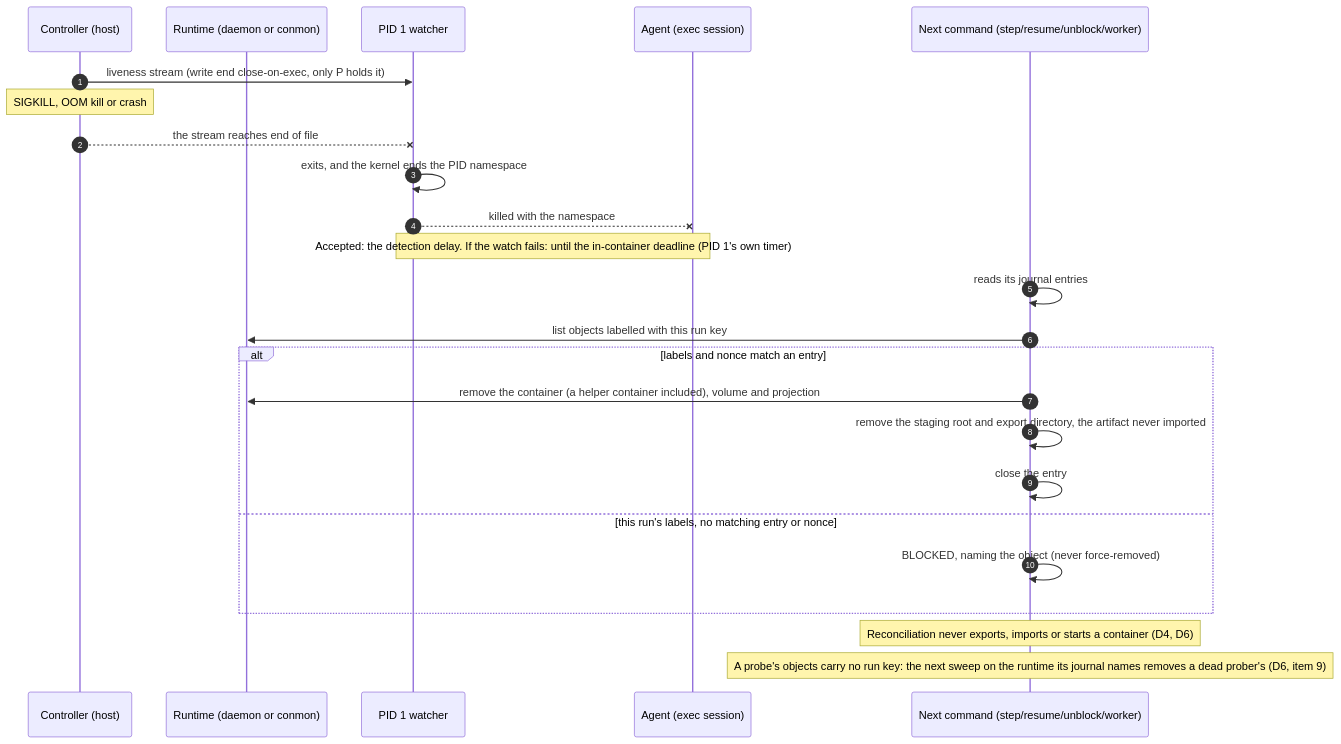
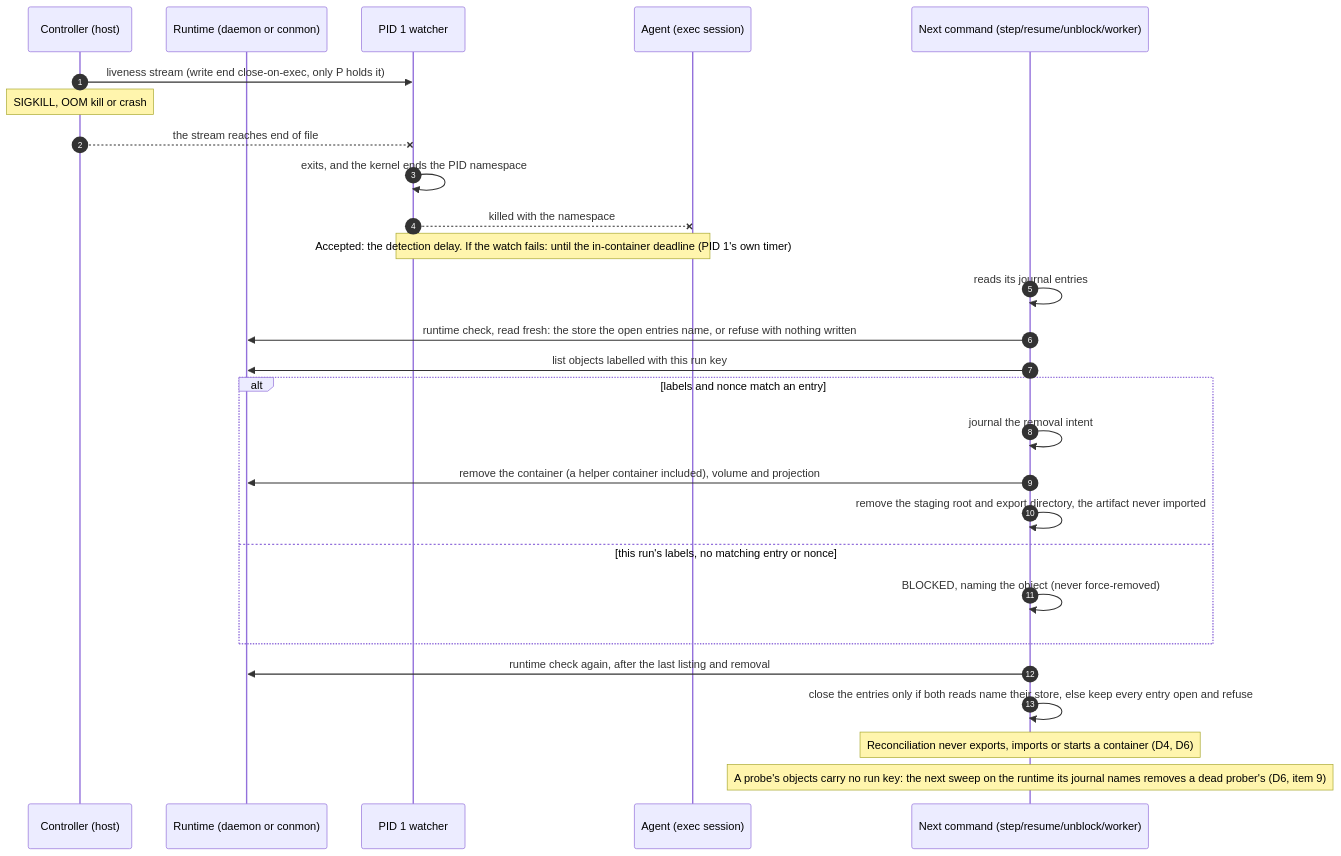
Before and after one commit to iceboundrock/AutoForge: the second of 3 diagrams in docs/adr/0013-container-sandbox-backend-lifecycle-trust-boundaries-and-rollout.md, drawn with Mermaid. The commit also changed other lines of this file and 3 other files, not shown here.

````diff
--- a/docs/adr/0013-container-sandbox-backend-lifecycle-trust-boundaries-and-rollout.md
+++ b/docs/adr/0013-container-sandbox-backend-lifecycle-trust-boundaries-and-rollout.md
@@ -1984,26 +2117,29 @@
 ```mermaid
 sequenceDiagram
     autonumber
     participant P as Controller (host)
     participant R as Runtime (daemon or conmon)
     participant W as PID 1 watcher
     participant A as Agent (exec session)
     participant N as Next command (step/resume/unblock/worker)
     P->>W: liveness stream (write end close-on-exec, only P holds it)
     Note over P: SIGKILL, OOM kill or crash
     P--xW: the stream reaches end of file
     W->>W: exits, and the kernel ends the PID namespace
     W--xA: killed with the namespace
     Note over W,A: Accepted: the detection delay. If the watch fails: until the in-container deadline (PID 1's own timer)
     N->>N: reads its journal entries
+    N->>R: runtime check, read fresh: the store the open entries name, or refuse with nothing written
     N->>R: list objects labelled with this run key
     alt labels and nonce match an entry
+        N->>N: journal the removal intent
         N->>R: remove the container (a helper container included), volume and projection
         N->>N: remove the staging root and export directory, the artifact never imported
-        N->>N: close the entry
     else this run's labels, no matching entry or nonce
         N->>N: BLOCKED, naming the object (never force-removed)
     end
+    N->>R: runtime check again, after the last listing and removal
+    N->>N: close the entries only if both reads name their store, else keep every entry open and refuse
     Note over N: Reconciliation never exports, imports or starts a container (D4, D6)
     Note over N: A probe's objects carry no run key: the next sweep on the runtime its journal names removes a dead prober's (D6, item 9)
 ```
````
